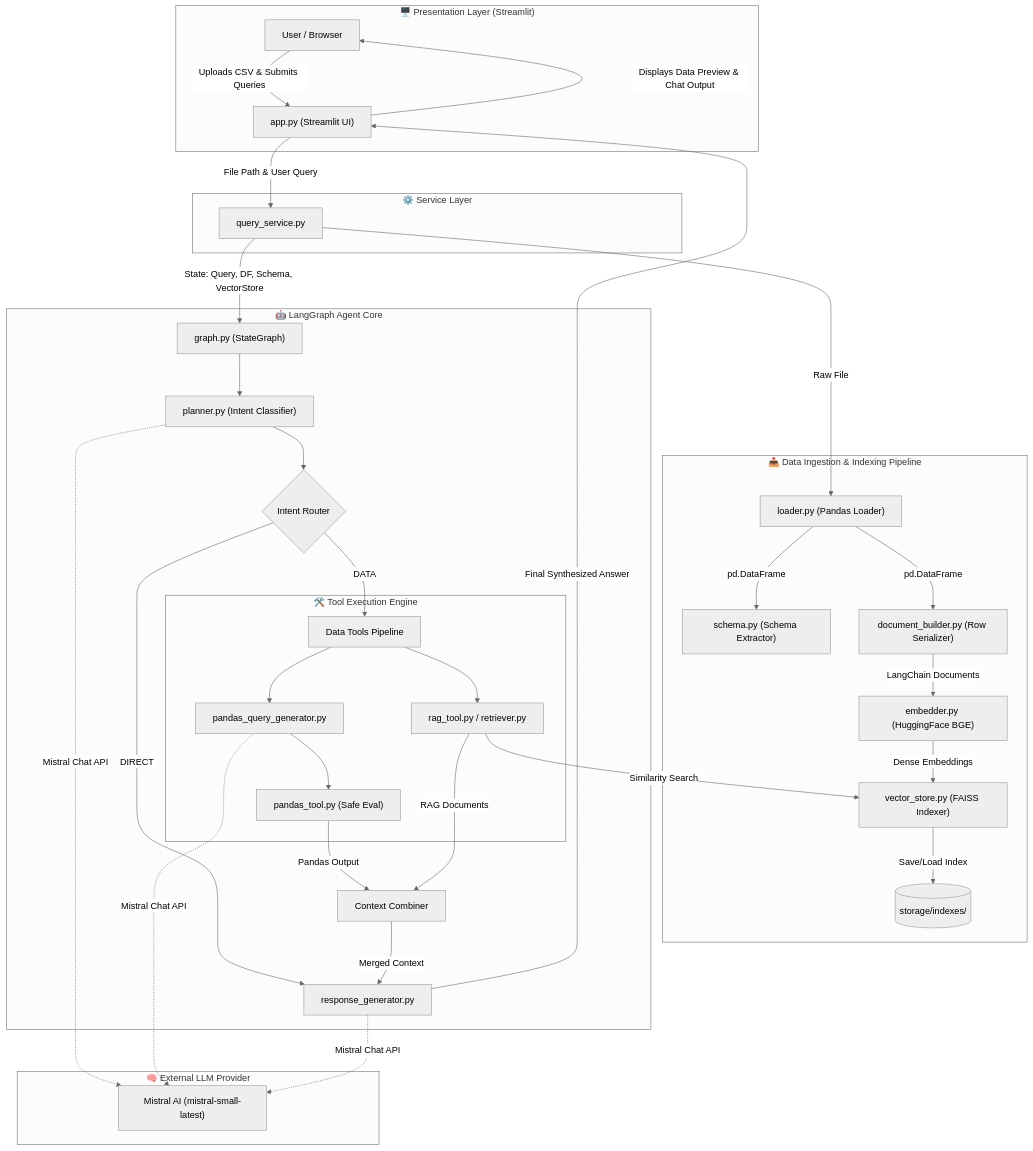
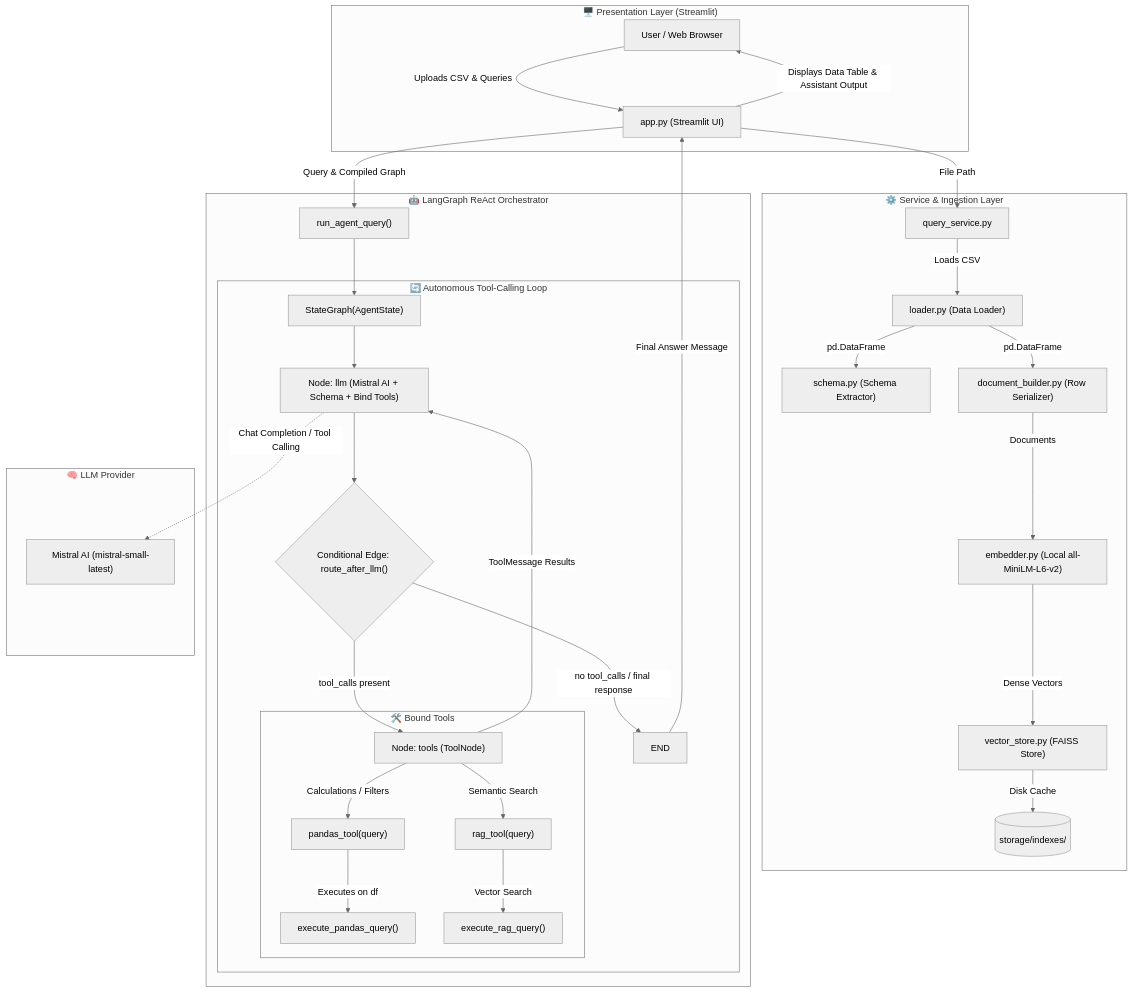
The first of 3 diagrams in README.md (niravrupapara/StudentData-AI-Agent), drawn with Mermaid (neutral theme) before and after one commit. The commit also changed other lines of this file and 11 other files, not shown here.

Commit message:
feat: migrate agent to dynamic LangGraph ReAct tool calling and add local embedding support

````diff
--- a/README.md
+++ b/README.md
@@ -60,47 +66,45 @@
 ```mermaid
 flowchart TB
     subgraph UI_Layer["🖥️ Presentation Layer (Streamlit)"]
-        A["User / Browser"] -->|"Uploads CSV & Submits Queries"| B["app.py (Streamlit UI)"]
-        B -->|"Displays Data Preview & Chat Output"| A
+        User["User / Web Browser"] -->|"Uploads CSV & Queries"| App["app.py (Streamlit UI)"]
+        App -->|"Displays Data Table & Assistant Output"| User
     end
 
-    subgraph Service_Layer["⚙️ Service Layer"]
-        B -->|"File Path & User Query"| C["query_service.py"]
+    subgraph Service_Layer["⚙️ Service & Ingestion Layer"]
+        App -->|"File Path"| QS["query_service.py"]
+        QS -->|"Loads CSV"| Loader["loader.py (Data Loader)"]
+        Loader -->|"pd.DataFrame"| SchemaExt["schema.py (Schema Extractor)"]
+        Loader -->|"pd.DataFrame"| DocBuilder["document_builder.py (Row Serializer)"]
+        DocBuilder -->|"Documents"| LocalEmbedder["embedder.py (Local all-MiniLM-L6-v2)"]
+        LocalEmbedder -->|"Dense Vectors"| VectorStore["vector_store.py (FAISS Store)"]
+        VectorStore -->|"Disk Cache"| DiskStore[("storage/indexes/")]
     end
 
-    subgraph Ingestion_Pipeline["📥 Data Ingestion & Indexing Pipeline"]
-        C -->|"Raw File"| D["loader.py (Pandas Loader)"]
-        D -->|"pd.DataFrame"| E["schema.py (Schema Extractor)"]
-        D -->|"pd.DataFrame"| F["document_builder.py (Row Serializer)"]
-        F -->|"LangChain Documents"| G["embedder.py (HuggingFace BGE)"]
-        G -->|"Dense Embeddings"| H["vector_store.py (FAISS Indexer)"]
-        H -->|"Save/Load Index"| I[("storage/indexes/")]
+    subgraph Graph_Layer["🤖 LangGraph ReAct Orchestrator"]
+        App -->|"Query & Compiled Graph"| AgentRunner["run_agent_query()"]
+        AgentRunner --> GraphEngine["StateGraph(AgentState)"]
+
+        subgraph ReAct_Loop["🔄 Autonomous Tool-Calling Loop"]
+            GraphEngine --> LLMNode["Node: llm (Mistral AI + Schema + Bind Tools)"]
+            LLMNode --> Router{"Conditional Edge: route_after_llm()"}
+            
+            Router -->|"tool_calls present"| ToolExec["Node: tools (ToolNode)"]
+            Router -->|"no tool_calls / final response"| EndNode["END"]
+
+            subgraph Bound_Tools["🛠️ Bound Tools"]
+                ToolExec -->|"Calculations / Filters"| PTool["pandas_tool(query)"]
+                ToolExec -->|"Semantic Search"| RTool["rag_tool(query)"]
+                PTool -->|"Executes on df"| SafeEval["execute_pandas_query()"]
+                RTool -->|"Vector Search"| FAISSEngine["execute_rag_query()"]
+            end
+
+            ToolExec -->|"ToolMessage Results"| LLMNode
+        end
     end
 
-    subgraph Agent_Layer["🤖 LangGraph Agent Core"]
-        C -->|"State: Query, DF, Schema, VectorStore"| J["graph.py (StateGraph)"]
-        J --> K["planner.py (Intent Classifier)"]
-        K --> L{"Intent Router"}
-        L -->|"DIRECT"| M["response_generator.py"]
-        L -->|"DATA"| N["Data Tools Pipeline"]
-        
-        subgraph Tools["🛠️ Tool Execution Engine"]
-            N --> O["pandas_query_generator.py"]
-            O --> P["pandas_tool.py (Safe Eval)"]
-            N --> Q["rag_tool.py / retriever.py"]
-            Q -->|"Similarity Search"| H
-        end
-
-        P -->|"Pandas Output"| R["Context Combiner"]
-        Q -->|"RAG Documents"| R
-        R -->|"Merged Context"| M
+    subgraph External_LLM["🧠 LLM Provider"]
+        LLMNode -.->|"Chat Completion / Tool Calling"| MistralAPI["Mistral AI (mistral-small-latest)"]
     end
 
-    subgraph External_LLM["🧠 External LLM Provider"]
-        K -.->|"Mistral Chat API"| S["Mistral AI (mistral-small-latest)"]
-        O -.->|"Mistral Chat API"| S
-        M -.->|"Mistral Chat API"| S
-    end
-
-    M -->|"Final Synthesized Answer"| B
+    EndNode -->|"Final Answer Message"| App
 ```
````
